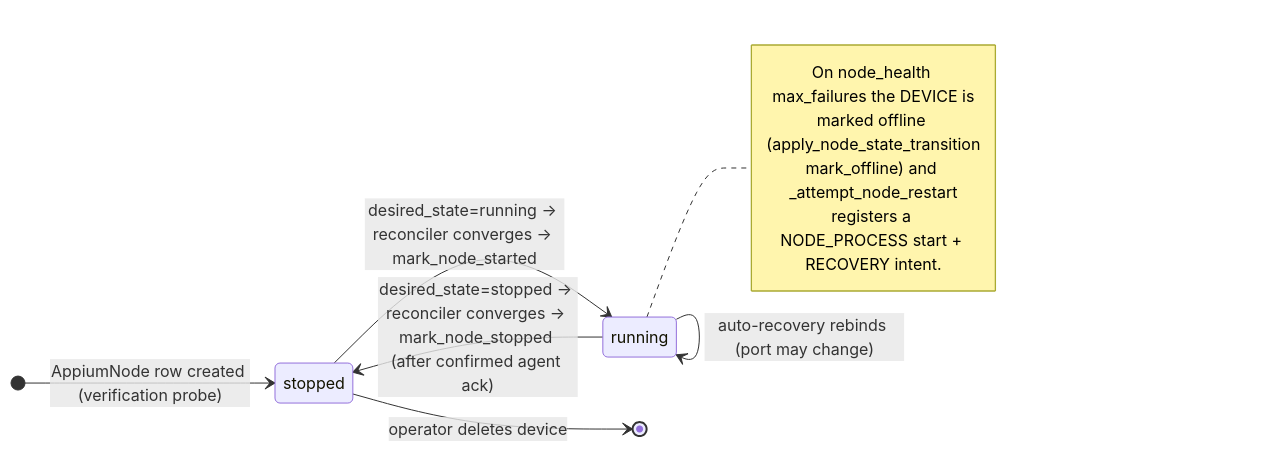
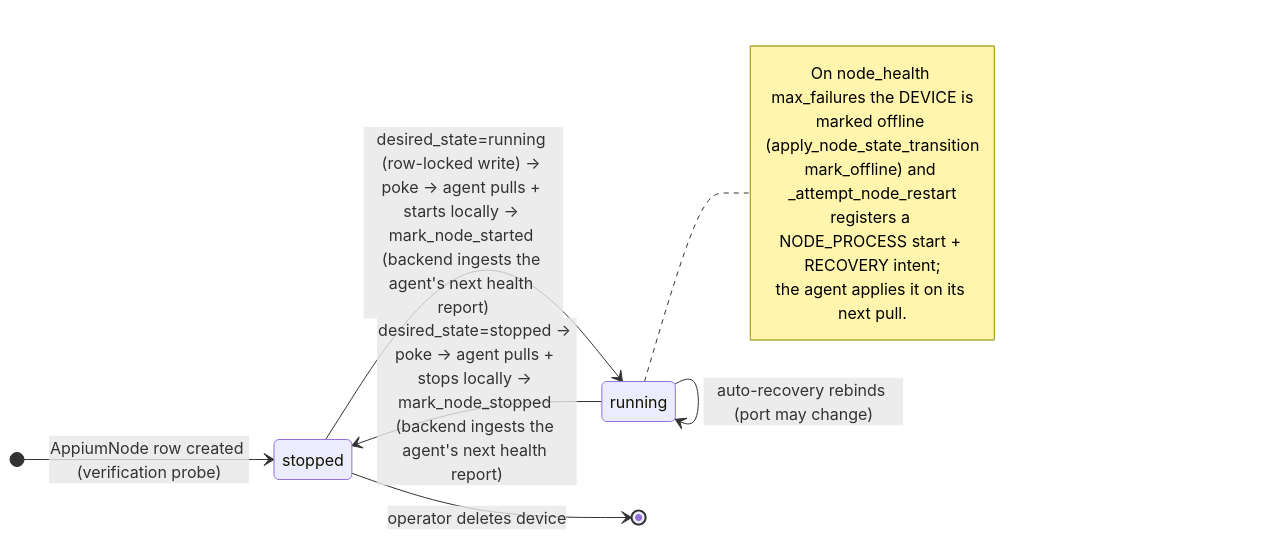
One commit to quidow/gridfleet changed the first of 5 diagrams in docs/design/02-node-lifecycle.md. Above: the diagram before and after it, drawn with Mermaid. The commit also changed other lines of this file and 2 other files, not shown here.

First line of the commit message:
docs(docs): node lifecycle is pull-only; drop push/outbox contract docs

````diff
--- a/docs/design/02-node-lifecycle.md
+++ b/docs/design/02-node-lifecycle.md
@@ -36,16 +37,17 @@
 ```mermaid
 stateDiagram-v2
     direction LR
     [*] --> stopped: AppiumNode row created (verification probe)
 
-    stopped --> running: desired_state=running → reconciler converges → mark_node_started
-    running --> stopped: desired_state=stopped → reconciler converges → mark_node_stopped (after confirmed agent ack)
+    stopped --> running: desired_state=running (row-locked write) → poke → agent pulls + starts locally → mark_node_started (backend ingests the agent's next health report)
+    running --> stopped: desired_state=stopped → poke → agent pulls + stops locally → mark_node_stopped (backend ingests the agent's next health report)
     running --> running: auto-recovery rebinds (port may change)
     note right of running
         On node_health max_failures the DEVICE is
         marked offline (apply_node_state_transition
         mark_offline) and _attempt_node_restart
-        registers a NODE_PROCESS start + RECOVERY intent.
+        registers a NODE_PROCESS start + RECOVERY intent;
+        the agent applies it on its next pull.
     end note
     stopped --> [*]: operator deletes device
 ```
````
